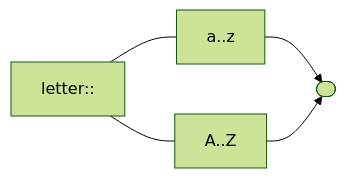
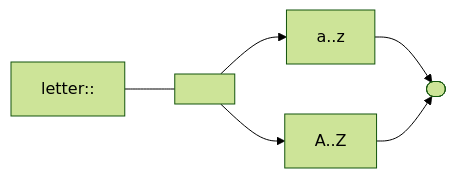
Diagram 12 of 18 in README.md (andrewfstratton/quandoscript), drawn with Mermaid (forest theme) before and after one commit. The commit also changed other lines of this file, not shown here.

````diff
--- a/README.md
+++ b/README.md
@@ -90,6 +90,6 @@
 ```mermaid
 graph LR
-    stop([" "])
-    letter::--- a..z--> stop
-    letter::--- A..Z--> stop
+    stop([ ])
+    letter::---l[ ]--> a..z--> stop
+    l--> A..Z--> stop
 ```
````
